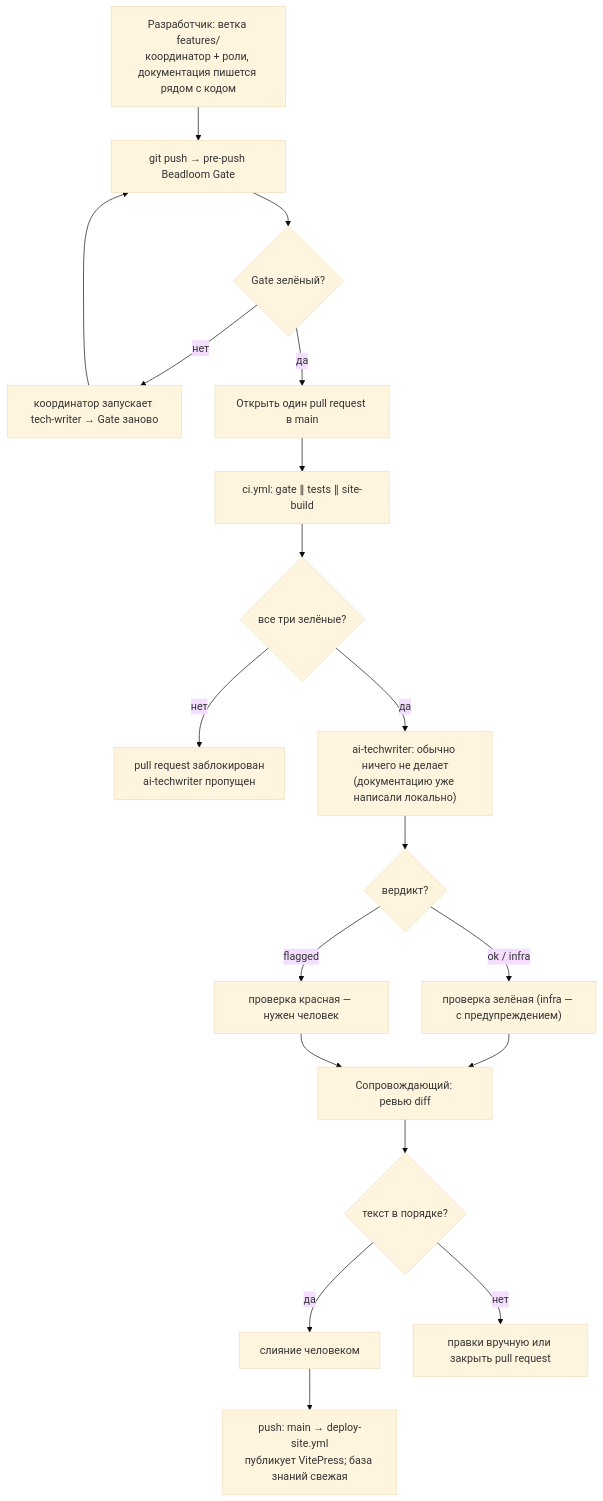
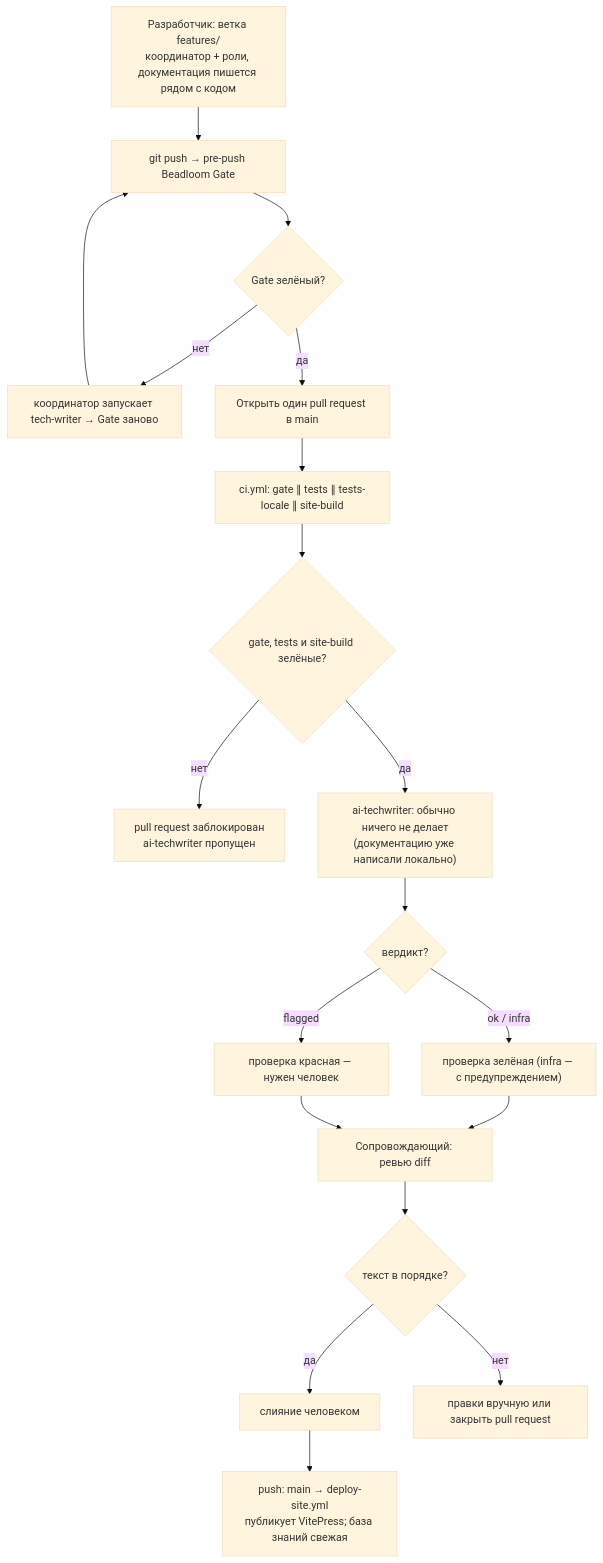
Before and after one commit to zoologov/beadloom: the tenth of 10 diagrams in docs/guides/multi-agent-development.ru.md, drawn with Mermaid (base theme). The commit also changed other lines of this file and 95 other files, not shown here.

````diff
--- a/docs/guides/multi-agent-development.ru.md
+++ b/docs/guides/multi-agent-development.ru.md
@@ -472,26 +476,26 @@
 ```mermaid
 flowchart TD
   A["Разработчик: ветка features/<KEY><br/>координатор + роли, документация пишется рядом с кодом"] --> PP["git push → pre-push Beadloom Gate"]
   PP --> PPRED{"Gate зелёный?"}
   PPRED -->|нет| PPFIX["координатор запускает tech-writer → Gate заново"]
   PPFIX --> PP
   PPRED -->|да| B["Открыть один pull request в main"]
-  B --> C["ci.yml: gate ∥ tests ∥ site-build"]
+  B --> C["ci.yml: gate ∥ tests ∥ tests-locale ∥ site-build"]
 
-  C --> D{"все три зелёные?"}
+  C --> D{"gate, tests и site-build зелёные?"}
   D -->|нет| Z["pull request заблокирован<br/>ai-techwriter пропущен"]
   D -->|да| E["ai-techwriter: обычно ничего не делает<br/>(документацию уже написали локально)"]
 
   E --> F{"вердикт?"}
   F -->|ok / infra| G["проверка зелёная (infra — с предупреждением)"]
   F -->|flagged| H["проверка красная — нужен человек"]
 
   G --> I["Сопровождающий: ревью diff"]
   H --> I
 
   I --> J{"текст в порядке?"}
   J -->|да| K["слияние человеком"]
   J -->|нет| L["правки вручную или закрыть pull request"]
 
   K --> M["push: main → deploy-site.yml<br/>публикует VitePress; база знаний свежая"]
 ```
````
